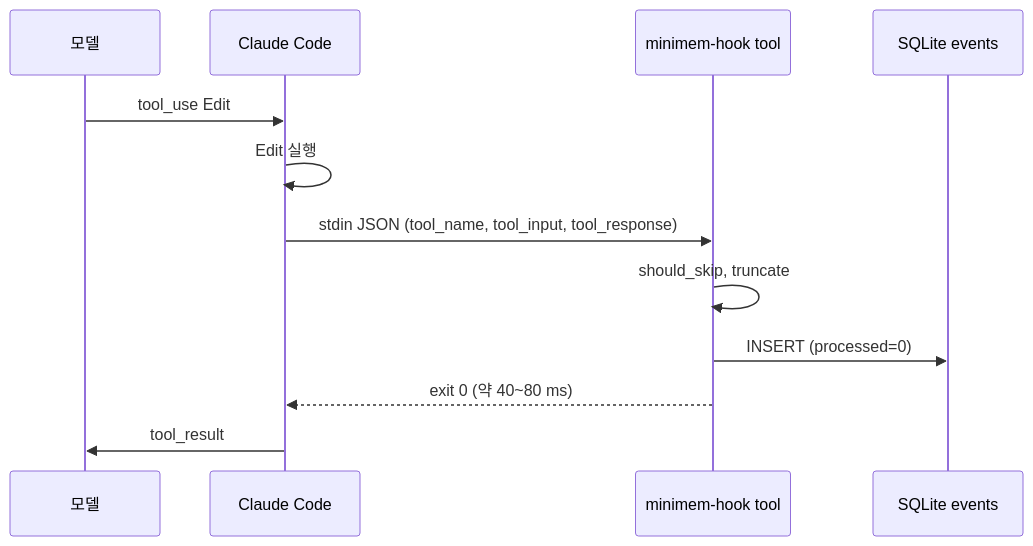
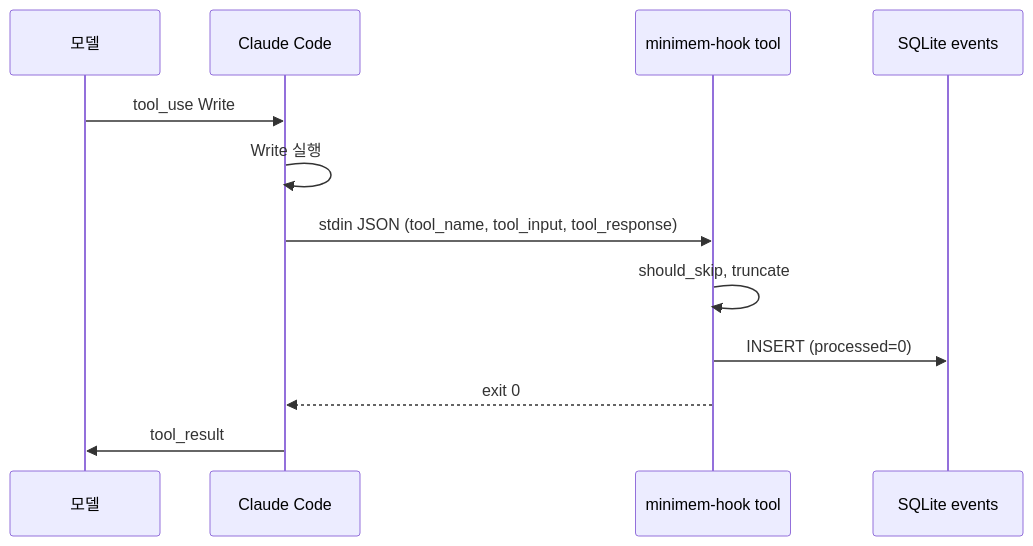
Before and after one commit to choisungwook/portfolio: the diagram in computer_science/ai/claude-mem-agent-memory/docs/2-capture-hooks.md, drawn with Mermaid. The commit also changed other lines of this file and 48 other files, not shown here.

````diff
--- a/computer_science/ai/claude-mem-agent-memory/docs/2-capture-hooks.md
+++ b/computer_science/ai/claude-mem-agent-memory/docs/2-capture-hooks.md
@@ -67,14 +97,14 @@
 ```mermaid
 sequenceDiagram
   participant M as 모델
   participant CC as Claude Code
   participant H as minimem-hook tool
   participant DB as SQLite events
-  M->>CC: tool_use Edit
-  CC->>CC: Edit 실행
+  M->>CC: tool_use Write
+  CC->>CC: Write 실행
   CC->>H: stdin JSON (tool_name, tool_input, tool_response)
   H->>H: should_skip, truncate
   H->>DB: INSERT (processed=0)
-  H-->>CC: exit 0 (약 40~80 ms)
+  H-->>CC: exit 0
   CC->>M: tool_result
 ```
````
